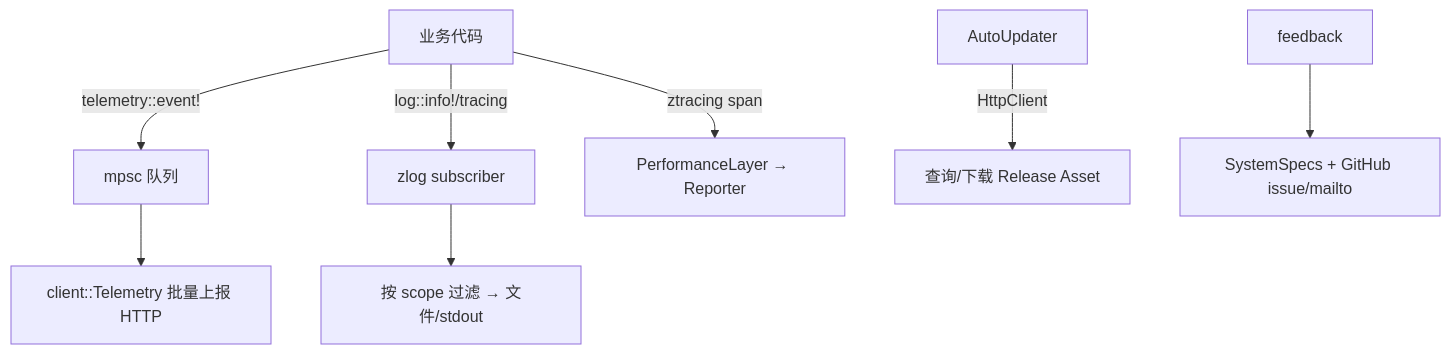
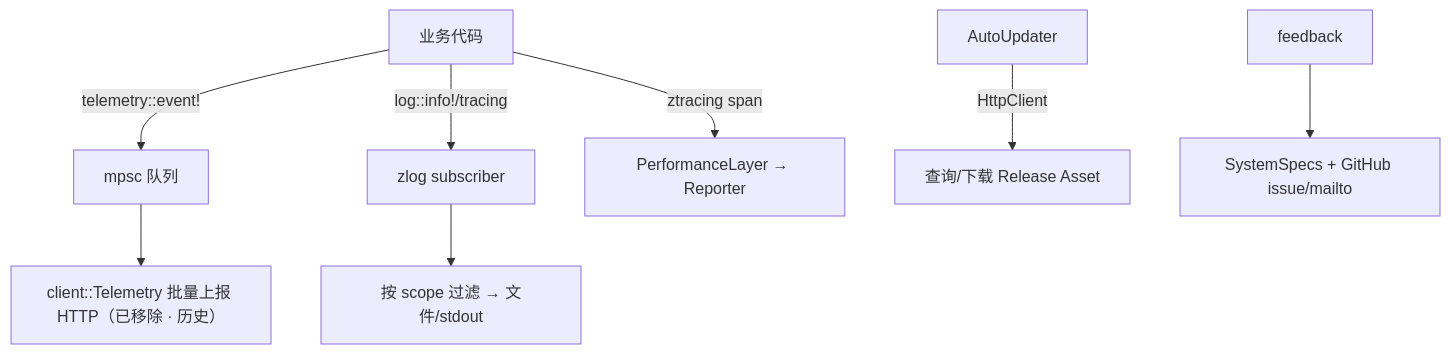
The diagram in wiki/Telemetry-Logging-Updates.md (rzhangjing/zed), drawn with Mermaid before and after one commit. The commit also changed other lines of this file and 270 other files, not shown here.

````diff
--- a/wiki/Telemetry-Logging-Updates.md
+++ b/wiki/Telemetry-Logging-Updates.md
@@ -7,10 +8,10 @@
 ```mermaid
 graph TB
     A[业务代码] -->|telemetry::event!| B[mpsc 队列]
-    B --> C[client::Telemetry 批量上报 HTTP]
+    B --> C["client::Telemetry 批量上报 HTTP（已移除 · 历史）"]
     A -->|log::info!/tracing| D[zlog subscriber]
     D --> E[按 scope 过滤 → 文件/stdout]
     A -->|ztracing span| F[PerformanceLayer → Reporter]
     G[AutoUpdater] -->|HttpClient| H[查询/下载 Release Asset]
     I[feedback] --> J[SystemSpecs + GitHub issue/mailto]
 ```
````
